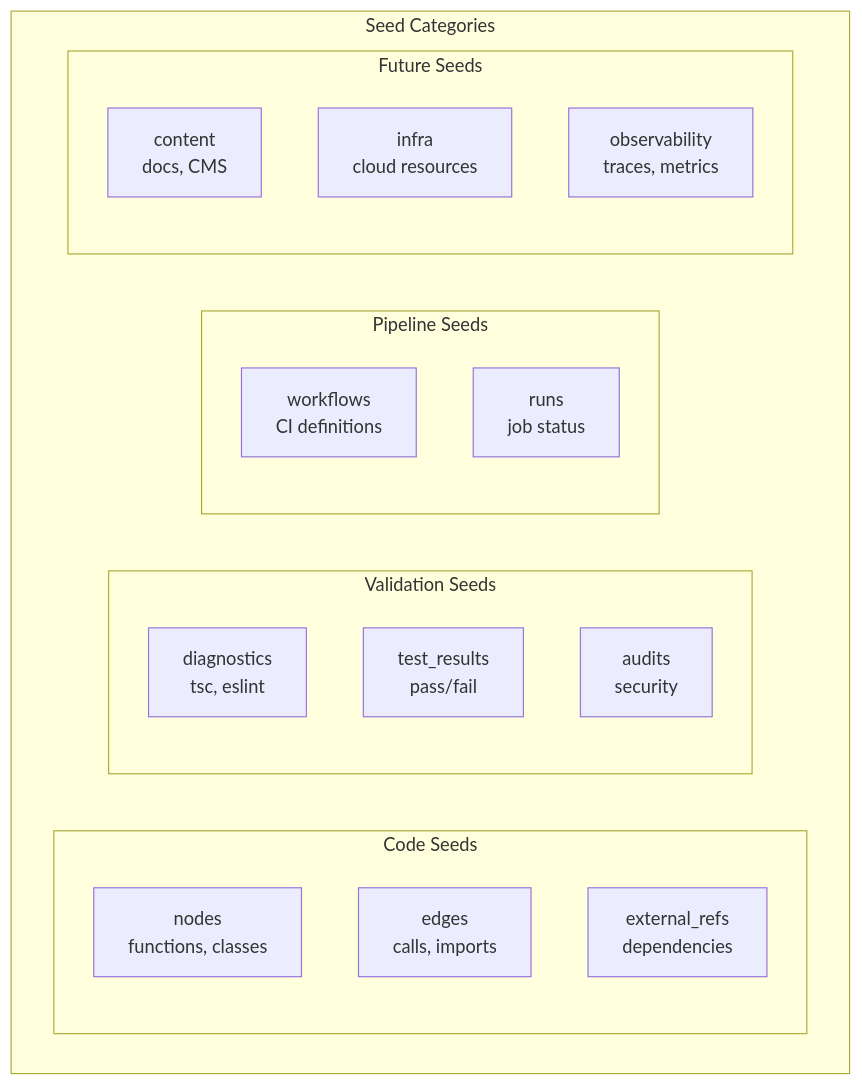
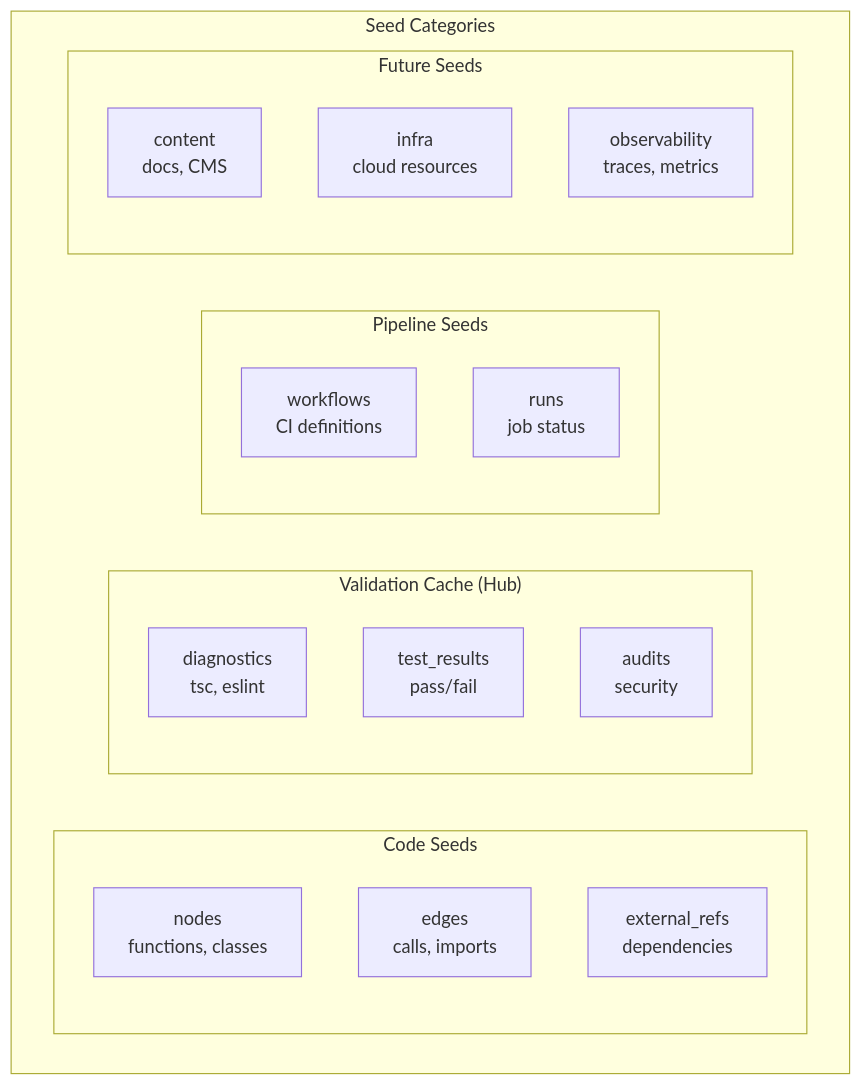
One commit to pietgk/vivief changed the fourth of 17 diagrams in docs/foundation-architecture.md. Above: the diagram before and after it, drawn with Mermaid. The commit also changed other lines of this file and 22 other files, not shown here.

First line of the commit message:
feat(validation): add hub cache for validation errors

````diff
--- a/docs/foundation-architecture.md
+++ b/docs/foundation-architecture.md
@@ -171,29 +171,29 @@
 ```mermaid
 graph TB
     subgraph "Seed Categories"
         direction LR
 
         subgraph "Code Seeds"
             NODES[nodes<br/>functions, classes]
             EDGES[edges<br/>calls, imports]
             REFS[external_refs<br/>dependencies]
         end
 
-        subgraph "Validation Seeds"
+        subgraph "Validation Cache (Hub)"
             DIAG[diagnostics<br/>tsc, eslint]
             TEST[test_results<br/>pass/fail]
             AUDIT[audits<br/>security]
         end
 
         subgraph "Pipeline Seeds"
             WORK[workflows<br/>CI definitions]
             RUNS[runs<br/>job status]
         end
 
         subgraph "Future Seeds"
             CONTENT[content<br/>docs, CMS]
             INFRA[infra<br/>cloud resources]
             OBS[observability<br/>traces, metrics]
         end
     end
 ```
````
